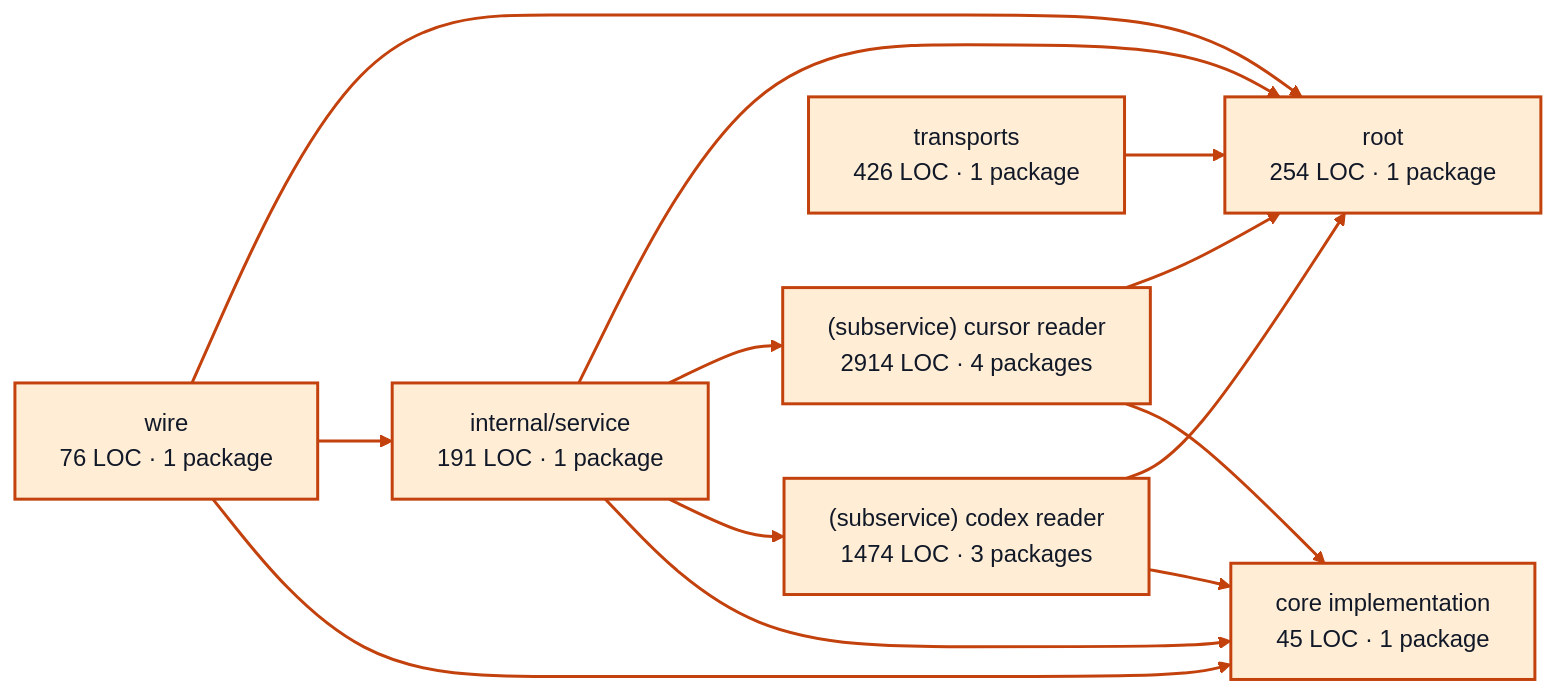
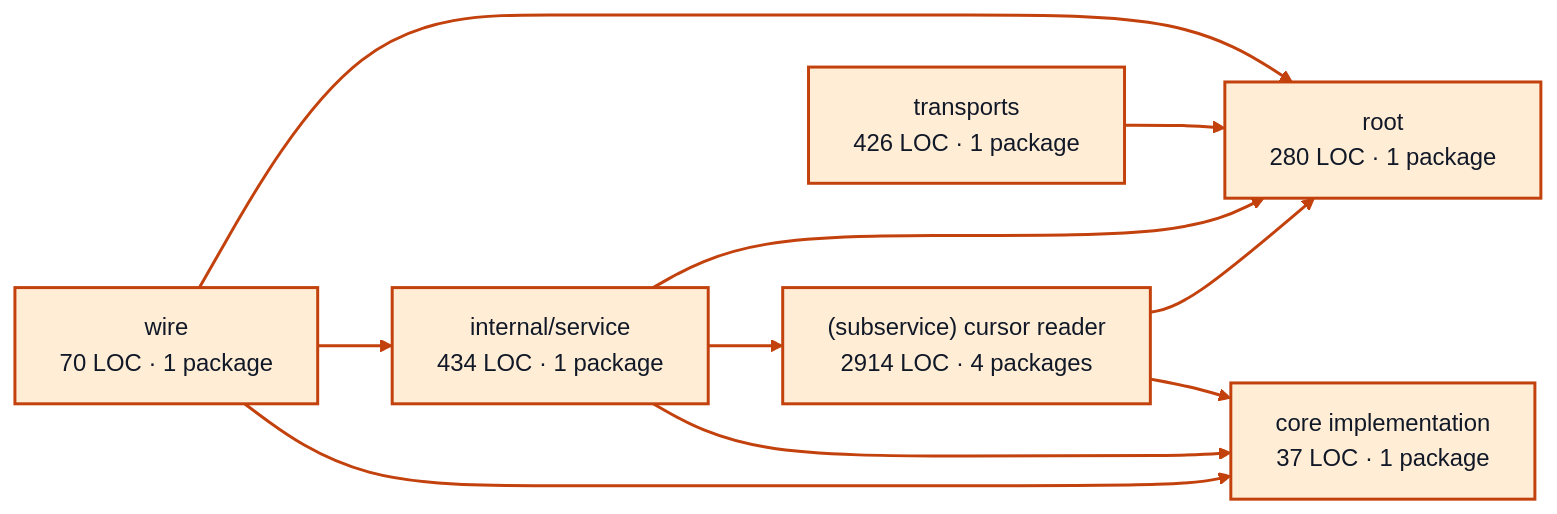
The diagram in docs/architecture/visualizations/services/provider_sessions.md (portpowered/you-agent-factory), drawn with Mermaid before and after one commit. The commit also changed other lines of this file and 20 other files, not shown here.

Commit message:
docs: refresh backend architecture visualizations

````diff
--- a/docs/architecture/visualizations/services/provider_sessions.md
+++ b/docs/architecture/visualizations/services/provider_sessions.md
@@ -11,30 +11,25 @@
 ```mermaid
 flowchart LR
-  p0["core implementation<br/>45 LOC · 1 package"]
-  p1["internal/service<br/>191 LOC · 1 package"]
-  p2["(subservice) codex reader<br/>1474 LOC · 3 packages"]
-  p3["(subservice) cursor reader<br/>2914 LOC · 4 packages"]
-  p4["root<br/>254 LOC · 1 package"]
-  p5["transports<br/>426 LOC · 1 package"]
-  p6["wire<br/>76 LOC · 1 package"]
+  p0["core implementation<br/>37 LOC · 1 package"]
+  p1["internal/service<br/>434 LOC · 1 package"]
+  p2["(subservice) cursor reader<br/>2914 LOC · 4 packages"]
+  p3["root<br/>280 LOC · 1 package"]
+  p4["transports<br/>426 LOC · 1 package"]
+  p5["wire<br/>70 LOC · 1 package"]
   p1 --> p0
   p1 --> p2
   p1 --> p3
-  p1 --> p4
   p2 --> p0
-  p2 --> p4
-  p3 --> p0
-  p3 --> p4
-  p5 --> p4
-  p6 --> p0
-  p6 --> p1
-  p6 --> p4
+  p2 --> p3
+  p4 --> p3
+  p5 --> p0
+  p5 --> p1
+  p5 --> p3
   style p0 fill:#ffedd5,stroke:#c2410c,stroke-width:2px,color:#111827
   style p1 fill:#ffedd5,stroke:#c2410c,stroke-width:2px,color:#111827
   style p2 fill:#ffedd5,stroke:#c2410c,stroke-width:2px,color:#111827
   style p3 fill:#ffedd5,stroke:#c2410c,stroke-width:2px,color:#111827
   style p4 fill:#ffedd5,stroke:#c2410c,stroke-width:2px,color:#111827
   style p5 fill:#ffedd5,stroke:#c2410c,stroke-width:2px,color:#111827
-  style p6 fill:#ffedd5,stroke:#c2410c,stroke-width:2px,color:#111827
   linkStyle default stroke:#c2410c,stroke-width:2px
 ```
````
